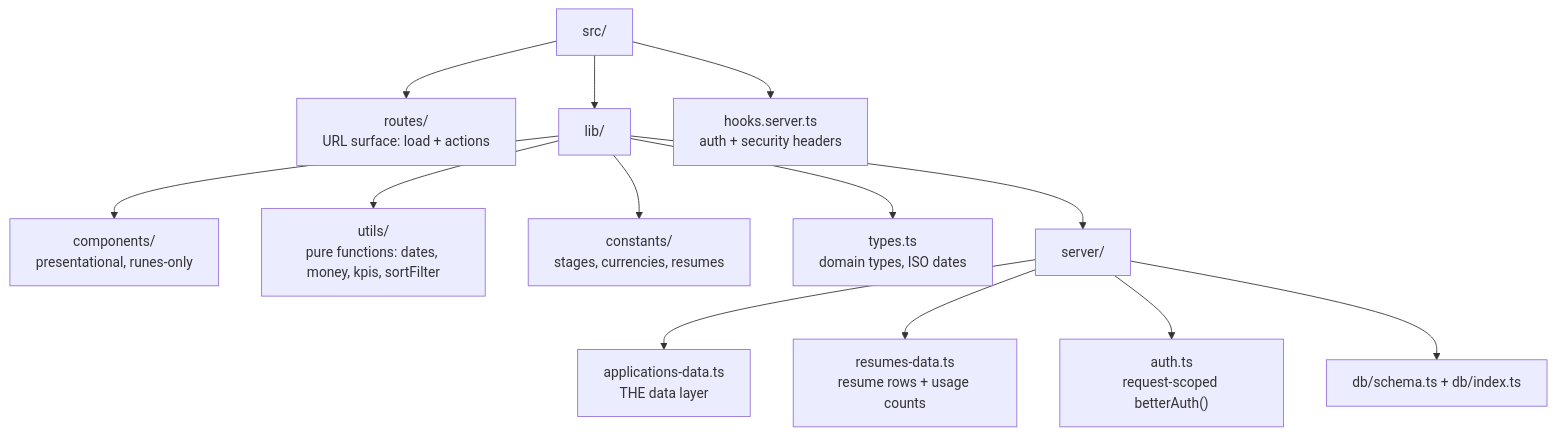
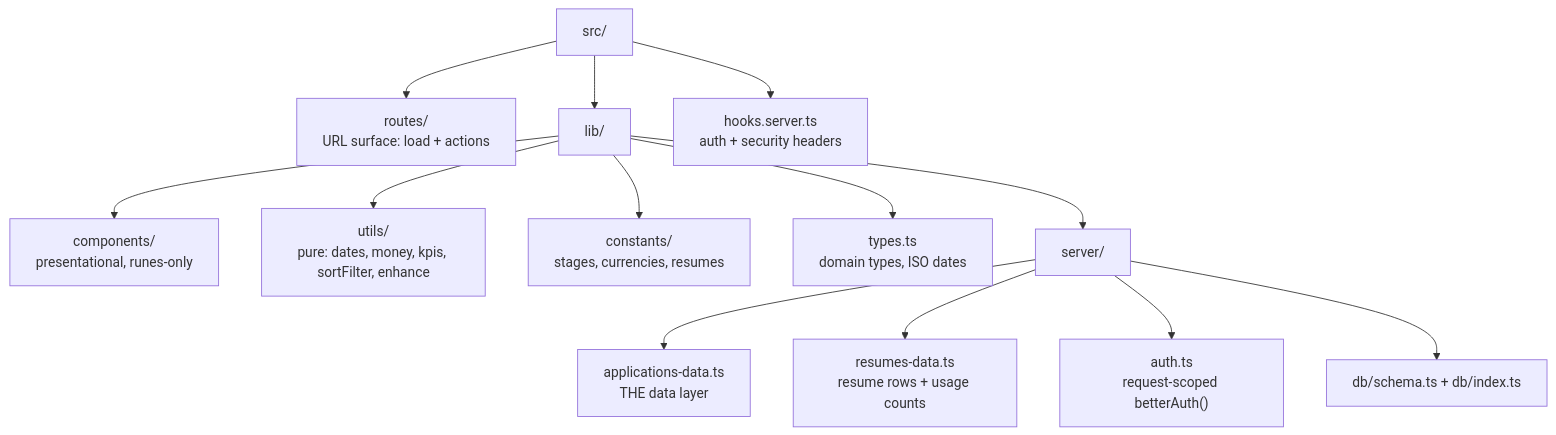
One commit to c0k0n/job-tracker changed the second of 6 diagrams in docs/architecture.md. Above: the diagram before and after it, drawn with Mermaid. The commit also changed other lines of this file and 28 other files, not shown here.

````diff
--- a/docs/architecture.md
+++ b/docs/architecture.md
@@ -37,15 +37,15 @@
 ```mermaid
 flowchart TD
     S["src/"] --> R["routes/<br/>URL surface: load + actions"]
     S --> L["lib/"]
     S --> H["hooks.server.ts<br/>auth + security headers"]
     L --> C["components/<br/>presentational, runes-only"]
-    L --> U["utils/<br/>pure functions: dates, money, kpis, sortFilter"]
+    L --> U["utils/<br/>pure: dates, money, kpis, sortFilter, enhance"]
     L --> K["constants/<br/>stages, currencies, resumes"]
     L --> T["types.ts<br/>domain types, ISO dates"]
     L --> SV["server/"]
     SV --> AD["applications-data.ts<br/>THE data layer"]
     SV --> RD["resumes-data.ts<br/>resume rows + usage counts"]
     SV --> AU["auth.ts<br/>request-scoped betterAuth()"]
     SV --> DB["db/schema.ts + db/index.ts"]
 ```
````
